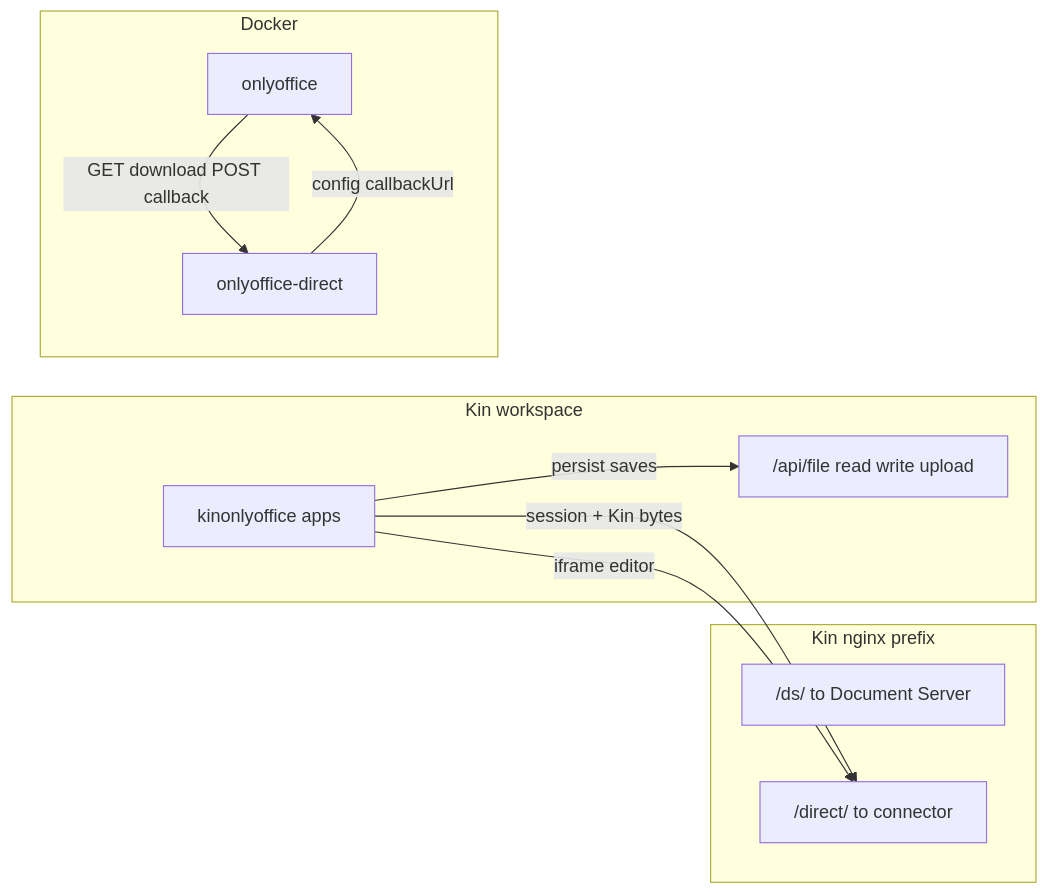
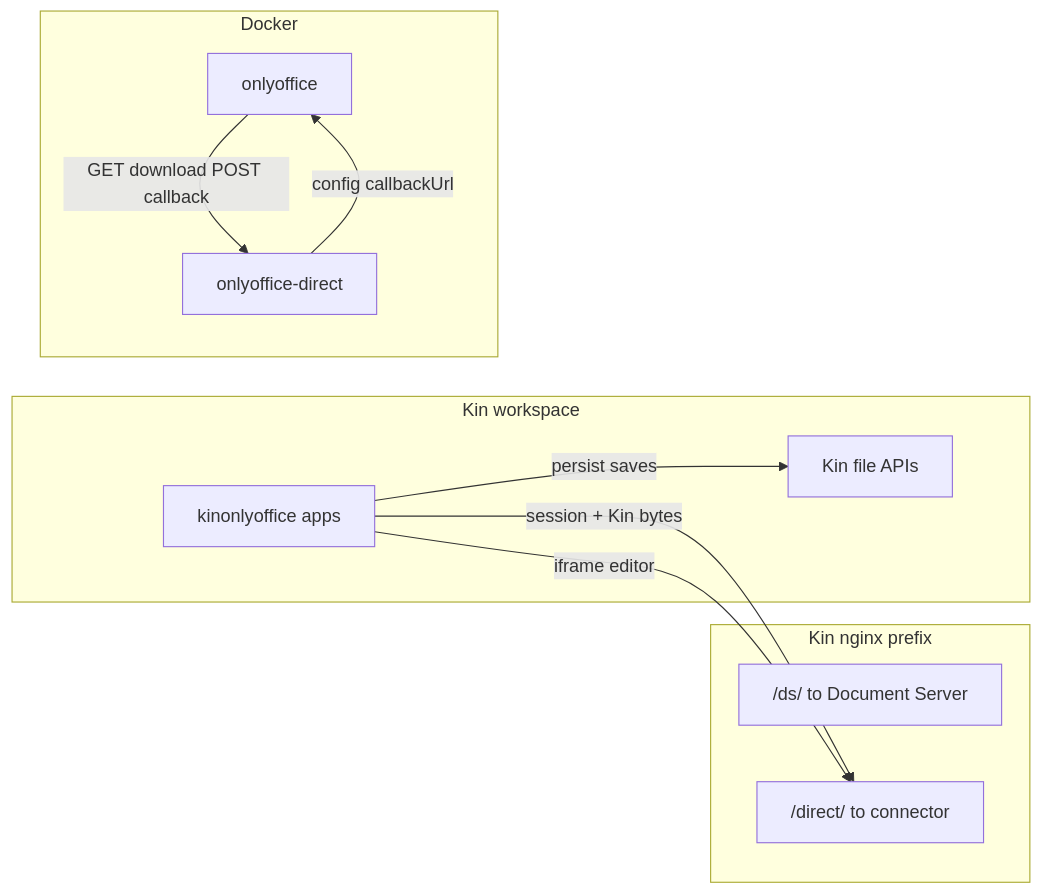
Before and after one commit to auraeinteractive/kin-office: the first of 2 diagrams in specs/architecture.md, drawn with Mermaid. The commit also changed other lines of this file and 3 other files, not shown here.

First line of the commit message:
Document OnlyOffice Direct save path and write_binary API.

````diff
--- a/specs/architecture.md
+++ b/specs/architecture.md
@@ -3,20 +3,20 @@
 ```mermaid
 flowchart LR
   subgraph kin [Kin workspace]
     App[kinonlyoffice apps]
-    KinFS["/api/file read write upload"]
+    KinFS["Kin file APIs"]
   end
   subgraph nginx [Kin nginx prefix]
     DS["/ds/ to Document Server"]
     Direct["/direct/ to connector"]
   end
   subgraph docker [Docker]
     OO[onlyoffice]
     Conn[onlyoffice-direct]
   end
   App -->|session + Kin bytes| Direct
   App -->|persist saves| KinFS
   App -->|iframe editor| Direct
   Conn -->|config callbackUrl| OO
   OO -->|GET download POST callback| Conn
 ```
````
